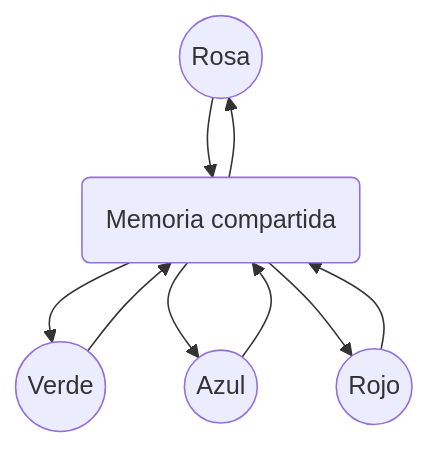
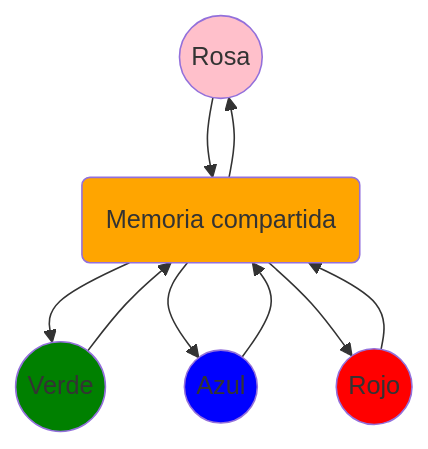
The diagram in Comunicacion de Procesos/Memoria Compartida/Readme.md (DRSJir/SistemasOperativos), drawn with Mermaid before and after one commit.

````diff
--- a/Comunicacion de Procesos/Memoria Compartida/Readme.md
+++ b/Comunicacion de Procesos/Memoria Compartida/Readme.md
@@ -2,15 +2,21 @@
 ```mermaid
 flowchart TD
 
 A((Rosa)) --> B(Memoria compartida)
 B --> A
 
 C((Verde)) --> B
 B --> C
 
 D((Azul)) --> B
 B --> D
 
 E((Rojo)) --> B
 B --> E
+
+style A fill:pink
+style B fill:orange
+style C fill:green
+style D fill:Blue
+style E fill:red
 ```
````
